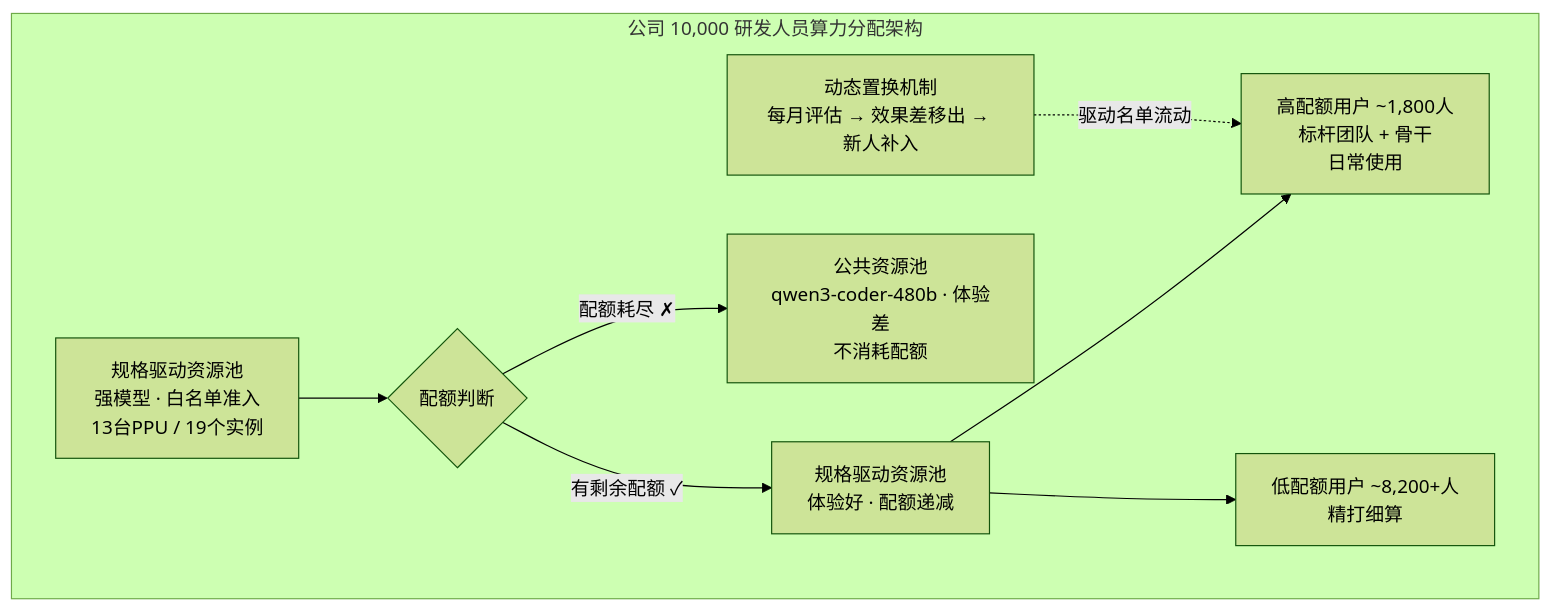
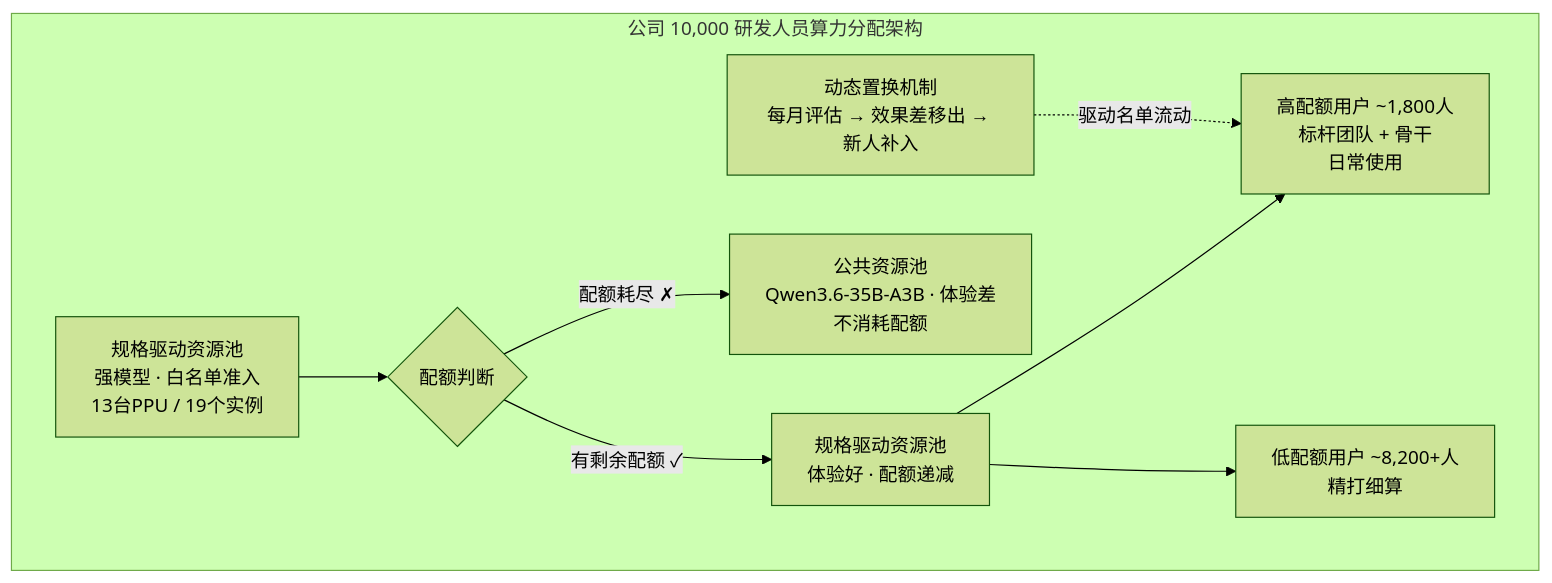
The first of 11 diagrams in projects/算力分配方案调研/智能研发规格驱动编程算力分配方案.md (keejo125/AI_Daily_For_Bank), drawn with Mermaid (forest theme) before and after one commit. The commit also changed other lines of this file and 115 other files, not shown here.

````diff
--- a/projects/算力分配方案调研/智能研发规格驱动编程算力分配方案.md
+++ b/projects/算力分配方案调研/智能研发规格驱动编程算力分配方案.md
@@ -67,13 +61,13 @@
 ```mermaid
 graph TD
     subgraph "公司 10,000 研发人员算力分配架构"
         A["规格驱动资源池<br/>强模型 · 白名单准入<br/>13台PPU / 19个实例"] --> B{"配额判断"}
         B -->|"有剩余配额 ✓"| C["规格驱动资源池<br/>体验好 · 配额递减"]
-        B -->|"配额耗尽 ✗"| D["公共资源池<br/>qwen3-coder-480b · 体验差<br/>不消耗配额"]
-    
+        B -->|"配额耗尽 ✗"| D["公共资源池<br/>Qwen3.6-35B-A3B · 体验差<br/>不消耗配额"]
+  
         C --> E["高配额用户 ~1,800人<br/>标杆团队 + 骨干<br/>日常使用"]
         C --> F["低配额用户 ~8,200+人<br/>精打细算"]
-    
+  
         G["动态置换机制<br/>每月评估 → 效果差移出 → 新人补入"] -.->|"驱动名单流动"| E
     end
 ```
````
